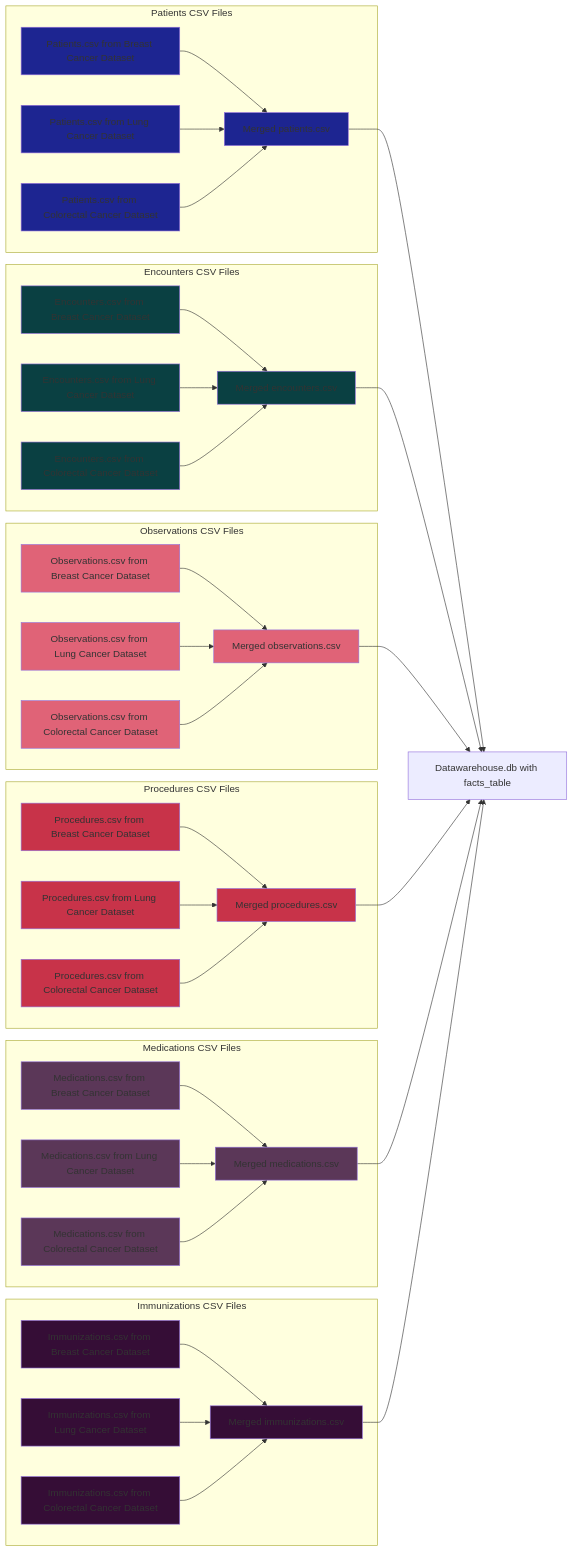
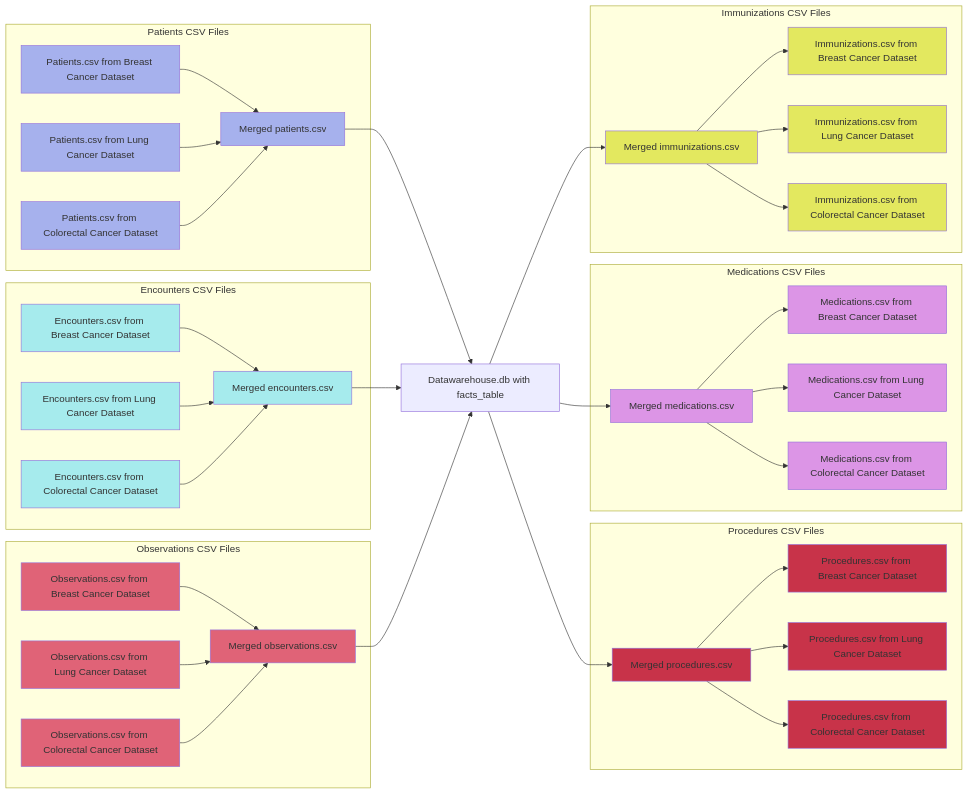
Before and after one commit to Fuenfgeld/DMA2024TeamC: the diagram in Documentation/mermaid_flowchart.md, drawn with Mermaid.

````diff
--- a/Documentation/mermaid_flowchart.md
+++ b/Documentation/mermaid_flowchart.md
@@ -2,12 +2,12 @@
 
 flowchart LR
 
-classDef patients fill:#1d2591;
-classDef encounters fill:#0a4042;
+classDef patients fill:#a6b1ed;
+classDef encounters fill:#a6ebed;
 classDef observations fill:#e06377;
 classDef procedures fill:#c83349;
-classDef medications fill:#5b3758;
-classDef immunizations fill:#350d36;
+classDef medications fill:#dc95e6;
+classDef immunizations fill:#e3e85f;
 
 subgraph "Patients CSV Files"
     breast_patients["Patients.csv from Breast Cancer Dataset"]
@@ -51,14 +51,19 @@
 class colorectal_observations observations
 class merged_observations observations
 
+database["Datawarehouse.db with facts_table"]
+merged_patients-->database
+merged_encounters-->database
+merged_observations-->database
+
 subgraph "Procedures CSV Files"
     breast_procedures["Procedures.csv from Breast Cancer Dataset"]
     lung_procedures["Procedures.csv from Lung Cancer Dataset"]
     colorectal_procedures["Procedures.csv from Colorectal Cancer Dataset"]
     merged_procedures["Merged procedures.csv"]
-    breast_procedures-->merged_procedures
-    lung_procedures-->merged_procedures
-    colorectal_procedures-->merged_procedures
+    merged_procedures-->breast_procedures
+    merged_procedures-->lung_procedures
+    merged_procedures-->colorectal_procedures
 end
 class breast_procedures procedures
 class lung_procedures procedures
@@ -70,9 +75,9 @@
     lung_medications["Medications.csv from Lung Cancer Dataset"]
     colorectal_medications["Medications.csv from Colorectal Cancer Dataset"]
     merged_medications["Merged medications.csv"]
-    breast_medications-->merged_medications
-    lung_medications-->merged_medications
-    colorectal_medications-->merged_medications
+    merged_medications-->breast_medications
+    merged_medications-->lung_medications
+    merged_medications-->colorectal_medications
 end
 class breast_medications medications
 class lung_medications medications
@@ -84,21 +89,17 @@
     lung_immunizations["Immunizations.csv from Lung Cancer Dataset"]
     colorectal_immunizations["Immunizations.csv from Colorectal Cancer Dataset"]
     merged_immunizations["Merged immunizations.csv"]
-    breast_immunizations-->merged_immunizations
-    lung_immunizations-->merged_immunizations
-    colorectal_immunizations-->merged_immunizations
+    merged_immunizations-->breast_immunizations
+    merged_immunizations-->lung_immunizations
+    merged_immunizations-->colorectal_immunizations
 end
 class breast_immunizations immunizations
 class lung_immunizations immunizations
 class colorectal_immunizations immunizations
 class merged_immunizations immunizations
 
-database["Datawarehouse.db with facts_table"]
-merged_patients-->database
-merged_encounters-->database
-merged_observations-->database
-merged_procedures-->database
-merged_medications-->database
-merged_immunizations-->database
+database-->merged_procedures
+database-->merged_medications
+database-->merged_immunizations
 
 ```
````
